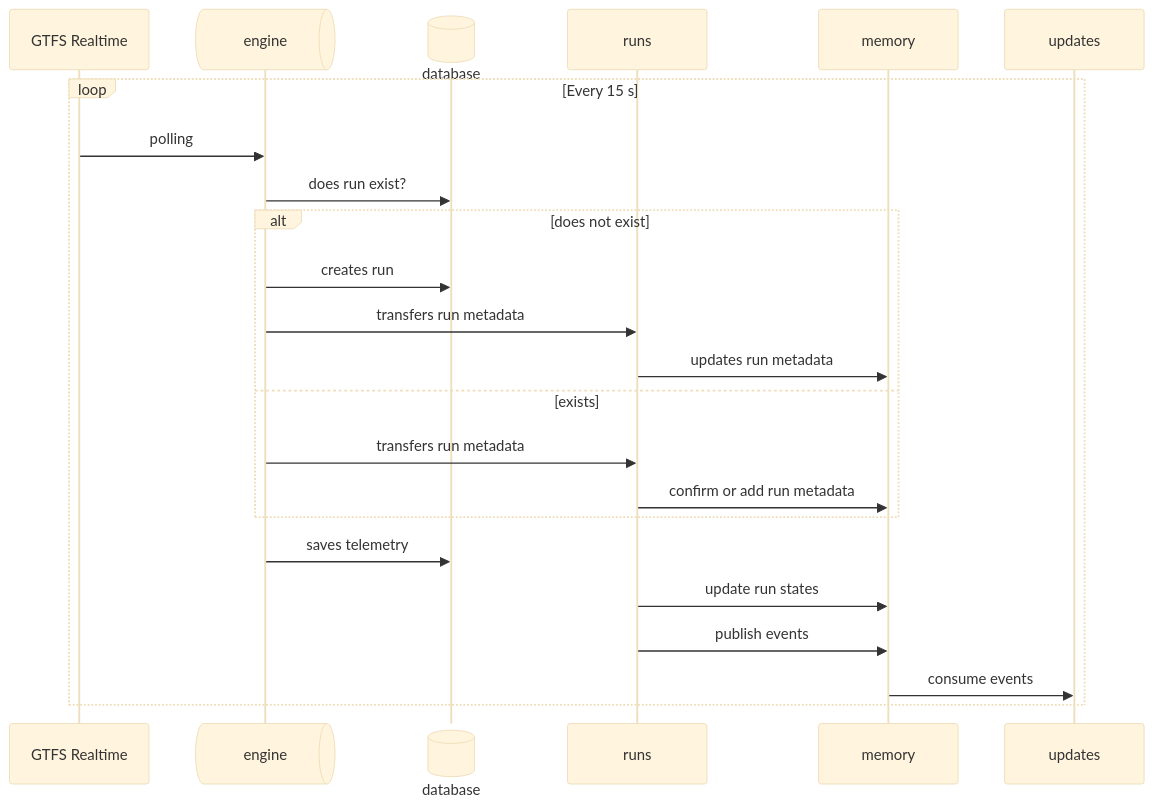
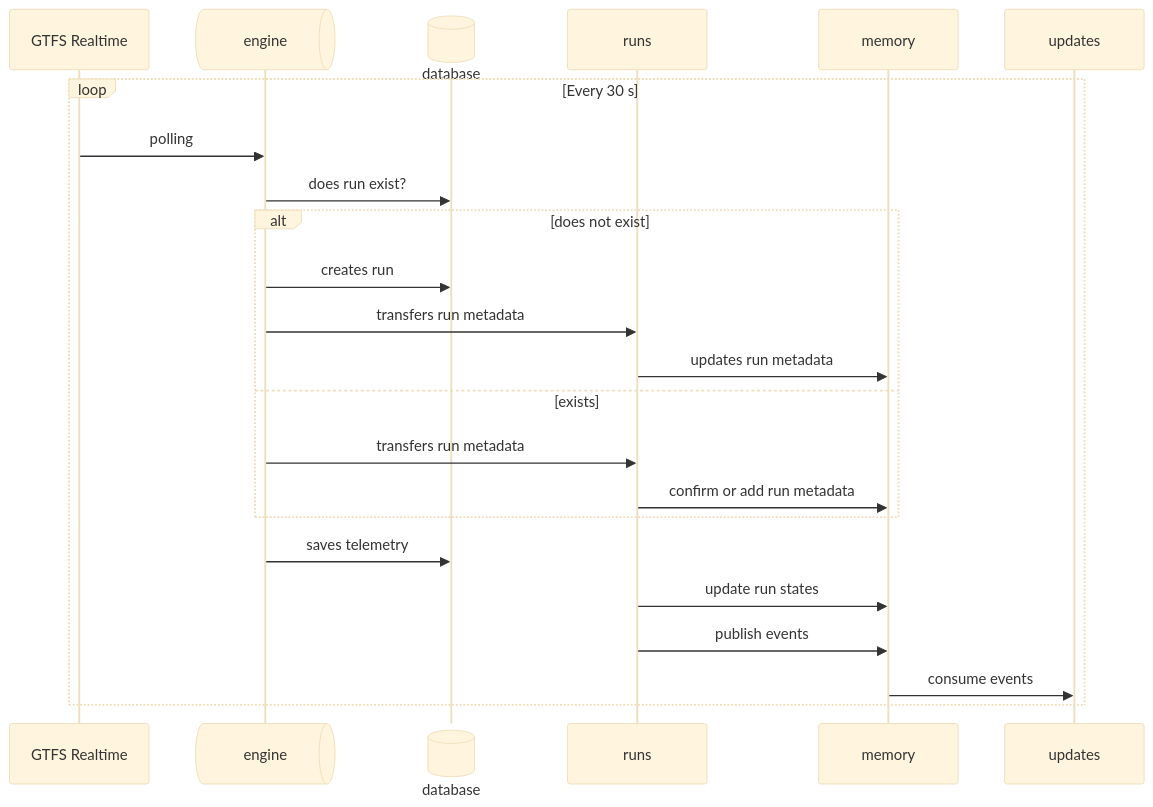
Before and after one commit to simovilab/infobus: the third of 4 diagrams in backend/README.md, drawn with Mermaid (base theme). The commit also changed other lines of this file and 35 other files, not shown here.

````diff
--- a/backend/README.md
+++ b/backend/README.md
@@ -67,24 +67,24 @@
 ```mermaid
 sequenceDiagram
     participant G as GTFS Realtime
     participant engine@{ "type" : "queue" }
     participant database@{ "type" : "database" }
 
-    loop Every 15 s
+    loop Every 30 s
         G->>engine: polling
         engine->>database: does run exist?
         alt does not exist
             engine->>database: creates run
             engine->>runs: transfers run metadata
             runs->>memory: updates run metadata
         else exists
             engine->>runs: transfers run metadata
             runs->>memory: confirm or add run metadata
         end
         engine->>database: saves telemetry
         runs->>memory: update run states
         runs->>memory: publish events
         memory->>updates: consume events
     end
 
 ```
````
